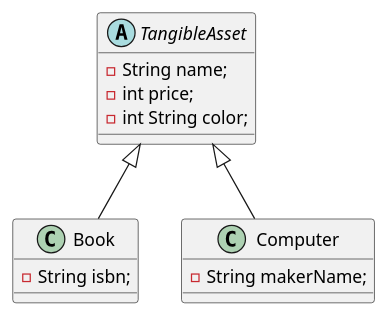
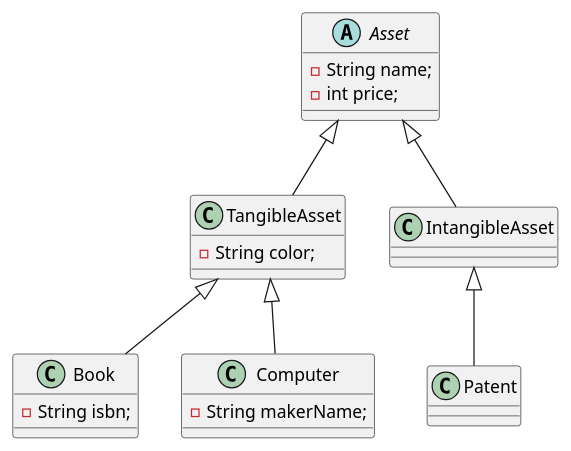
Before and after one commit to SurvivalCodingCampus/polytech_java_study: the diagram in src/main/java/com/survivalcoding/TangibleAsset.puml, drawn with PlantUML. The commit also changed 7 other files, not shown here.

```diff
--- a/src/main/java/com/survivalcoding/TangibleAsset.puml
+++ b/src/main/java/com/survivalcoding/TangibleAsset.puml
@@ -1,18 +1,27 @@
 @startuml
 'https://plantuml.com/class-diagram
 
-abstract class TangibleAsset {
+abstract class Asset {
 -String name;
 -int price;
--int String color;
+}
+
+class TangibleAsset extends Asset {
+-String color;
+}
+
+class IntangibleAsset extends Asset {
 }
 
 class Book extends TangibleAsset {
 -String isbn;
 }
 
 class Computer extends TangibleAsset {
 -String makerName;
 }
 
+class Patent extends IntangibleAsset {
+}
+
 @enduml
```
